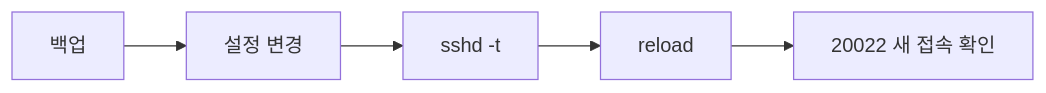
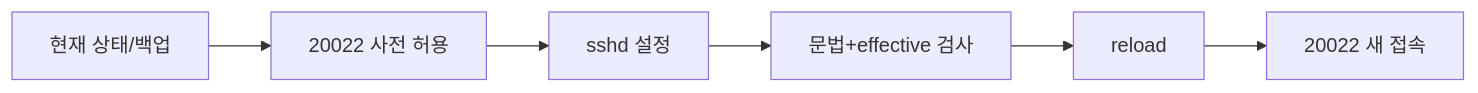
Before and after one commit to MetaStudy999/codyssey-basic-b1-1-system-monitor: the third of 12 diagrams in training/round-01-clear/BEGINNER-GUIDE.md, drawn with Mermaid. The commit also changed other lines of this file, not shown here.

````diff
--- a/training/round-01-clear/BEGINNER-GUIDE.md
+++ b/training/round-01-clear/BEGINNER-GUIDE.md
@@ -239,5 +253,8 @@
 ```mermaid
 flowchart LR
-    A[백업] --> B[설정 변경] --> C[sshd -t]
-    C --> D[reload] --> E[20022 새 접속 확인]
+    A[현재 상태/백업] --> B[20022 사전 허용]
+    B --> C[sshd 설정]
+    C --> D[문법+effective 검사]
+    D --> E[reload]
+    E --> F[20022 새 접속]
 ```
````
